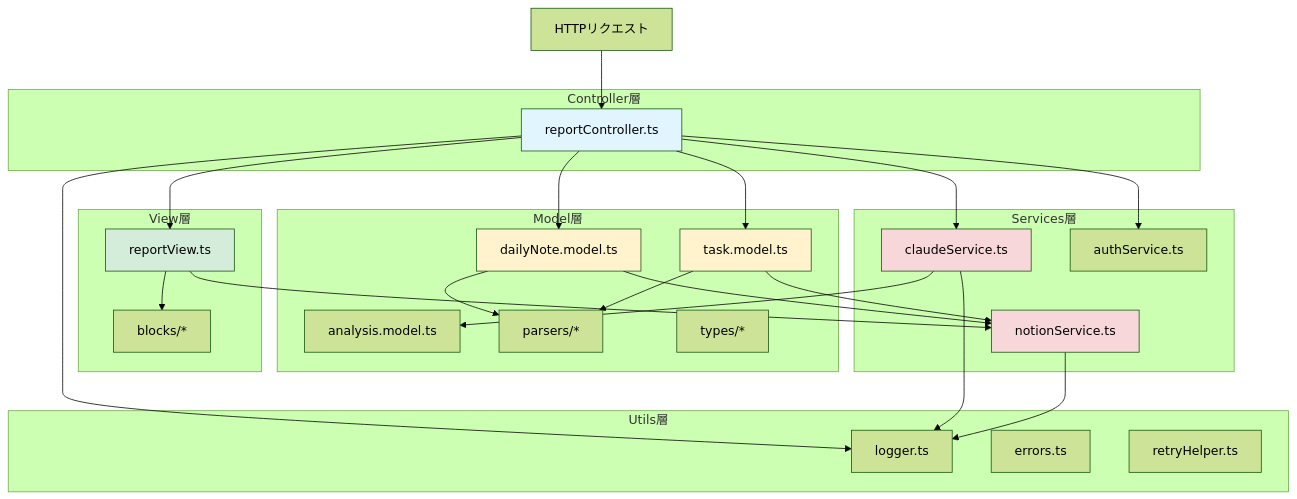
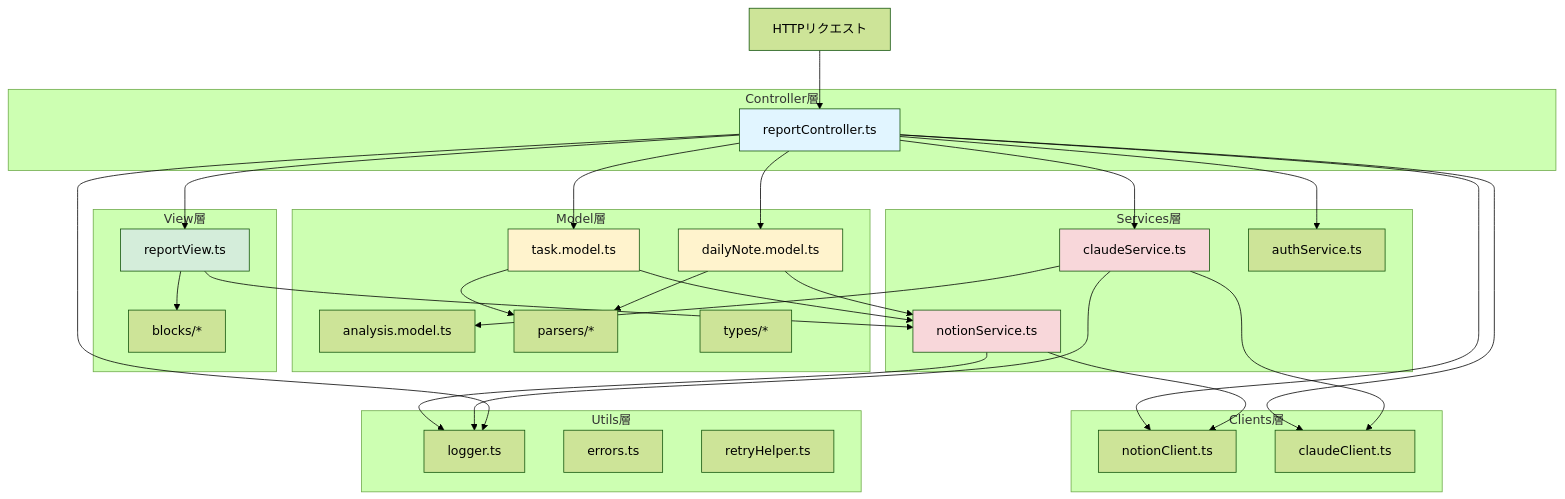
Before and after one commit to matsushun1/task-analyzer: the first of 2 diagrams in docs/structure.md, drawn with Mermaid (forest theme). The commit also changed other lines of this file and 18 other files, not shown here.

````diff
--- a/docs/structure.md
+++ b/docs/structure.md
@@ -45,56 +46,66 @@
 ```mermaid
 graph TB
     subgraph "Controller層"
         Controller[reportController.ts]
     end
 
     subgraph "Model層"
         TaskModel[task.model.ts]
         NoteModel[dailyNote.model.ts]
         AnalysisModel[analysis.model.ts]
         Parsers[parsers/*]
         Types[types/*]
     end
 
     subgraph "View層"
         ReportView[reportView.ts]
         Blocks[blocks/*]
     end
 
     subgraph "Services層"
         NotionService[notionService.ts]
         ClaudeService[claudeService.ts]
         AuthService[authService.ts]
     end
 
+    subgraph "Clients層"
+        NotionClient[notionClient.ts]
+        ClaudeClient[claudeClient.ts]
+    end
+
     subgraph "Utils層"
         Logger[logger.ts]
         Errors[errors.ts]
         RetryHelper[retryHelper.ts]
     end
 
     Request[HTTPリクエスト] --> Controller
     Controller --> AuthService
     Controller --> TaskModel
     Controller --> NoteModel
     TaskModel --> Parsers
     NoteModel --> Parsers
     TaskModel --> NotionService
     NoteModel --> NotionService
     Controller --> ClaudeService
     ClaudeService --> AnalysisModel
     Controller --> ReportView
     ReportView --> Blocks
     ReportView --> NotionService
 
+    Controller --> NotionClient
+    Controller --> ClaudeClient
+    NotionService --> NotionClient
+    ClaudeService --> ClaudeClient
+
     NotionService --> Logger
     ClaudeService --> Logger
     Controller --> Logger
 
     style Controller fill:#e1f5ff
     style TaskModel fill:#fff3cd
     style NoteModel fill:#fff3cd
     style ReportView fill:#d4edda
     style NotionService fill:#f8d7da
     style ClaudeService fill:#f8d7da
 ```
````
